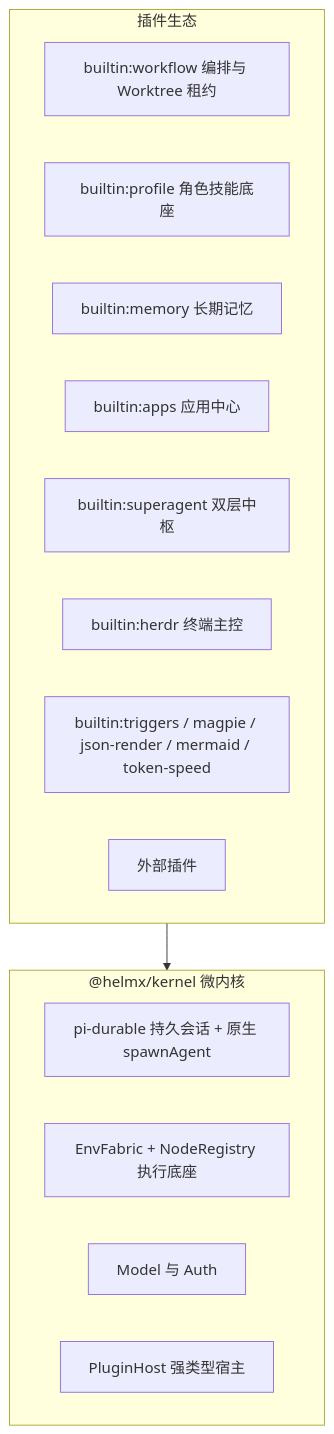
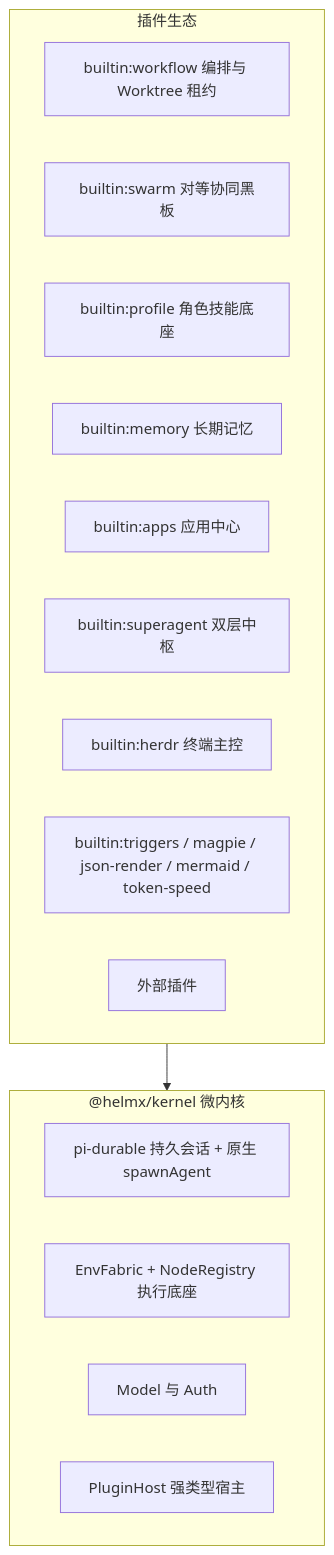
One commit to team4u/helm changed the first of 3 diagrams in docs/architecture/overview.md. Above: the diagram before and after it, drawn with Mermaid. The commit also changed other lines of this file and 9 other files, not shown here.

````diff
--- a/docs/architecture/overview.md
+++ b/docs/architecture/overview.md
@@ -18,20 +18,21 @@
 ```mermaid
 flowchart TD
     subgraph Core["@helmx/kernel 微内核"]
         Durable["pi-durable 持久会话 + 原生 spawnAgent"]
         Fabric["EnvFabric + NodeRegistry 执行底座"]
         ModelAuth["Model 与 Auth"]
         Host["PluginHost 强类型宿主"]
     end
     subgraph Plugins["插件生态"]
         Workflow["builtin:workflow 编排与 Worktree 租约"]
+        Swarm["builtin:swarm 对等协同黑板"]
         Profile["builtin:profile 角色技能底座"]
         Memory["builtin:memory 长期记忆"]
         Apps["builtin:apps 应用中心"]
         Superagent["builtin:superagent 双层中枢"]
         Herdr["builtin:herdr 终端主控"]
         Others["builtin:triggers / magpie / json-render / mermaid / token-speed"]
         External["外部插件"]
     end
     Plugins --> Core
 ```
````
